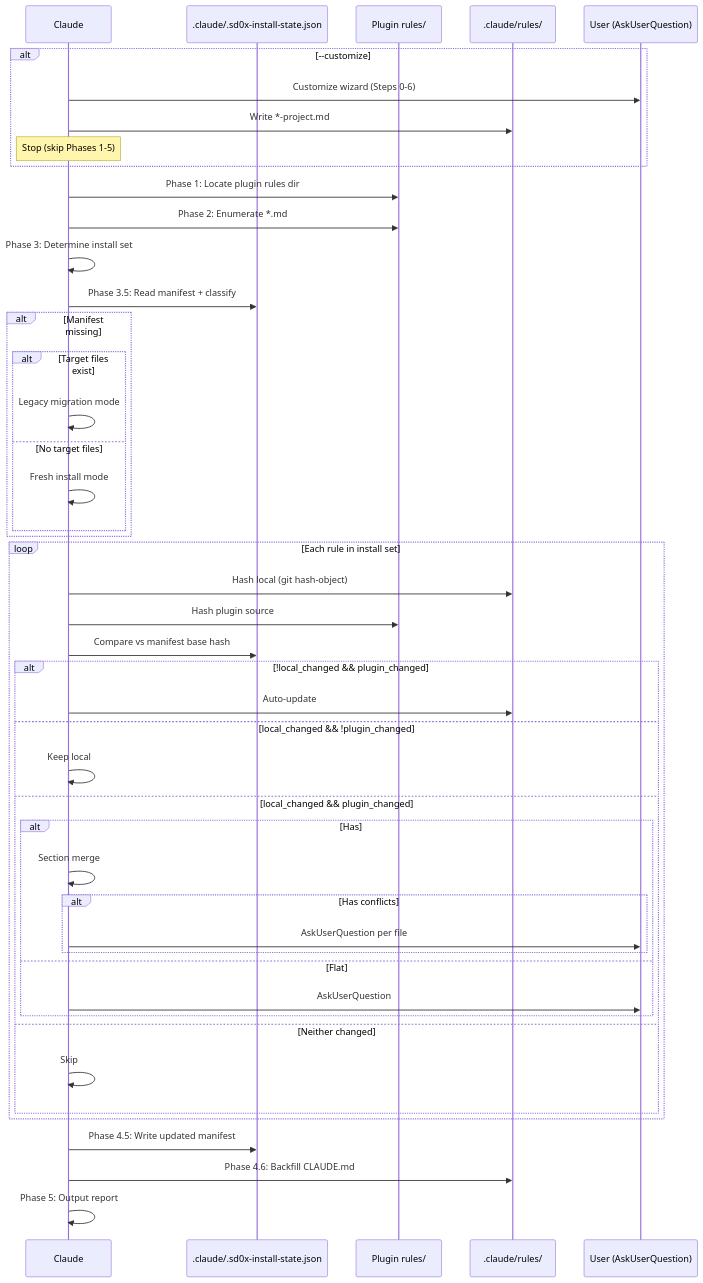
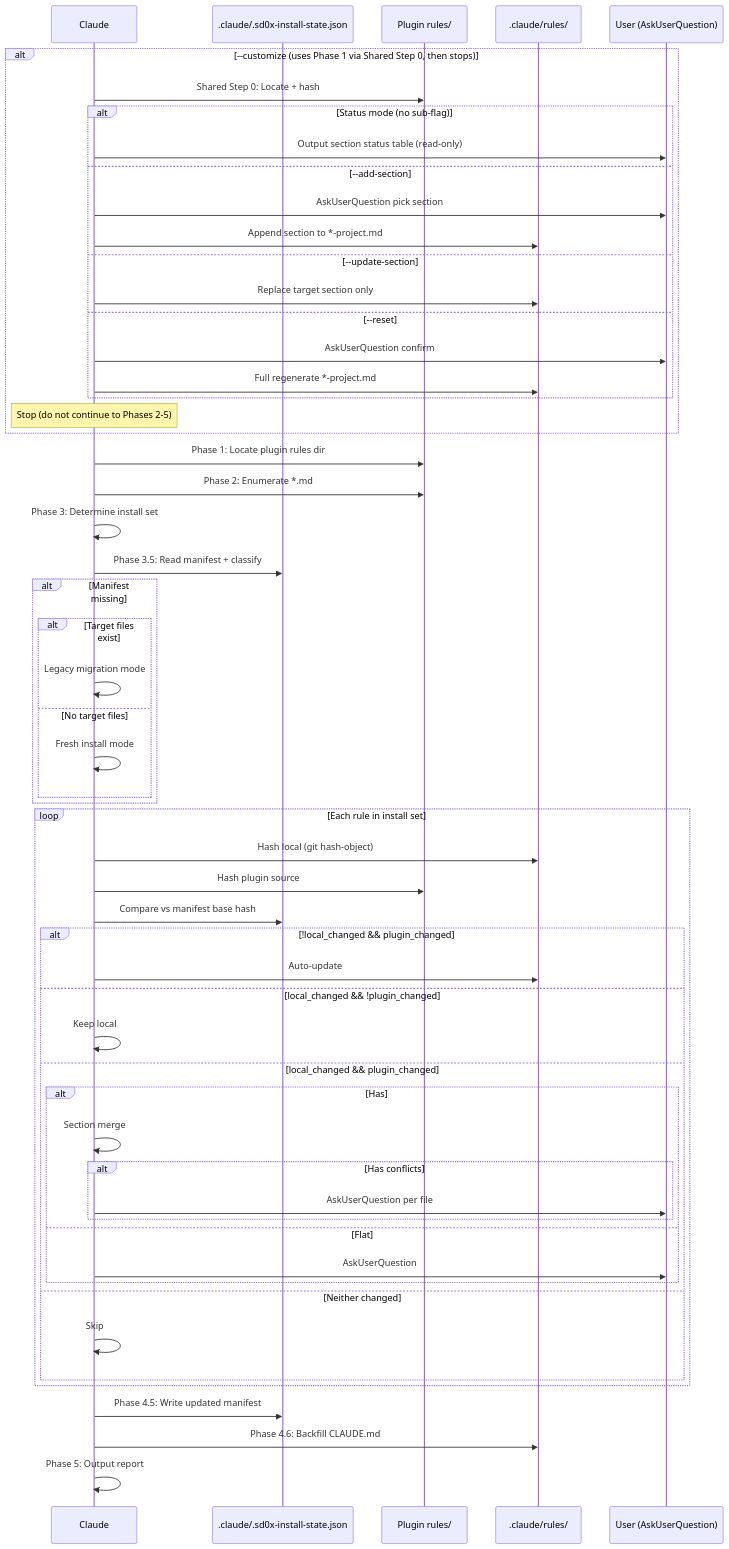
The diagram in commands/install-rules.md (jupiter-Pulin/Uranus-dev-flow), drawn with Mermaid before and after one commit. The commit also changed other lines of this file and 4 other files, not shown here.

First line of the commit message:
feat: Redesign --customize to incremental 4-mode operations

````diff
--- a/commands/install-rules.md
+++ b/commands/install-rules.md
@@ -20,49 +20,59 @@
 ```mermaid
 sequenceDiagram
     participant C as Claude
     participant M as .claude/.sd0x-install-state.json
     participant S as Plugin rules/
     participant T as .claude/rules/
     participant U as User (AskUserQuestion)
 
-    alt --customize
-        C->>U: Customize wizard (Steps 0-6)
-        C->>T: Write *-project.md
-        Note over C: Stop (skip Phases 1-5)
+    alt --customize (uses Phase 1 via Shared Step 0, then stops)
+        C->>S: Shared Step 0: Locate + hash
+        alt Status mode (no sub-flag)
+            C->>U: Output section status table (read-only)
+        else --add-section
+            C->>U: AskUserQuestion pick section
+            C->>T: Append section to *-project.md
+        else --update-section
+            C->>T: Replace target section only
+        else --reset
+            C->>U: AskUserQuestion confirm
+            C->>T: Full regenerate *-project.md
+        end
+        Note over C: Stop (do not continue to Phases 2-5)
     end
     C->>S: Phase 1: Locate plugin rules dir
     C->>S: Phase 2: Enumerate *.md
     C->>C: Phase 3: Determine install set
     C->>M: Phase 3.5: Read manifest + classify
     alt Manifest missing
         alt Target files exist
             C->>C: Legacy migration mode
         else No target files
             C->>C: Fresh install mode
         end
     end
     loop Each rule in install set
         C->>T: Hash local (git hash-object)
         C->>S: Hash plugin source
         C->>M: Compare vs manifest base hash
         alt !local_changed && plugin_changed
             C->>T: Auto-update
         else local_changed && !plugin_changed
             C->>C: Keep local
         else local_changed && plugin_changed
             alt Has ## headings
                 C->>C: Section merge
                 alt Has conflicts
                     C->>U: AskUserQuestion per file
                 end
             else Flat
                 C->>U: AskUserQuestion
             end
         else Neither changed
             C->>C: Skip
         end
     end
     C->>M: Phase 4.5: Write updated manifest
     C->>T: Phase 4.6: Backfill CLAUDE.md
     C->>C: Phase 5: Output report
 ```
````
